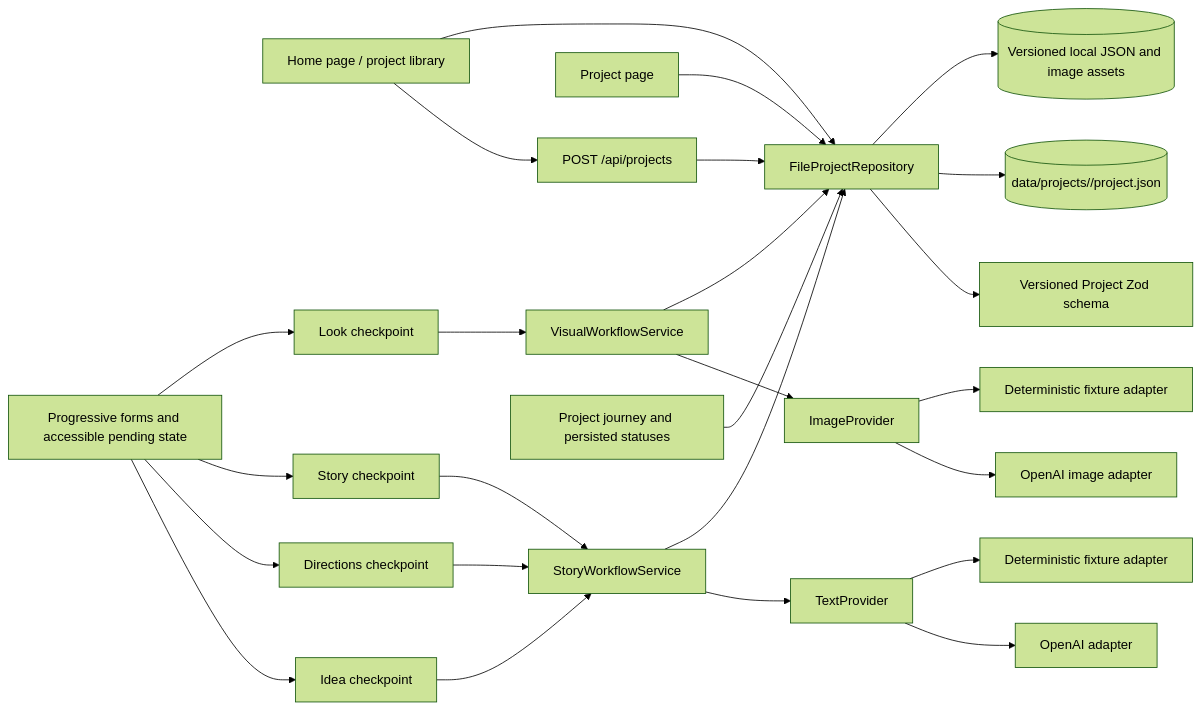
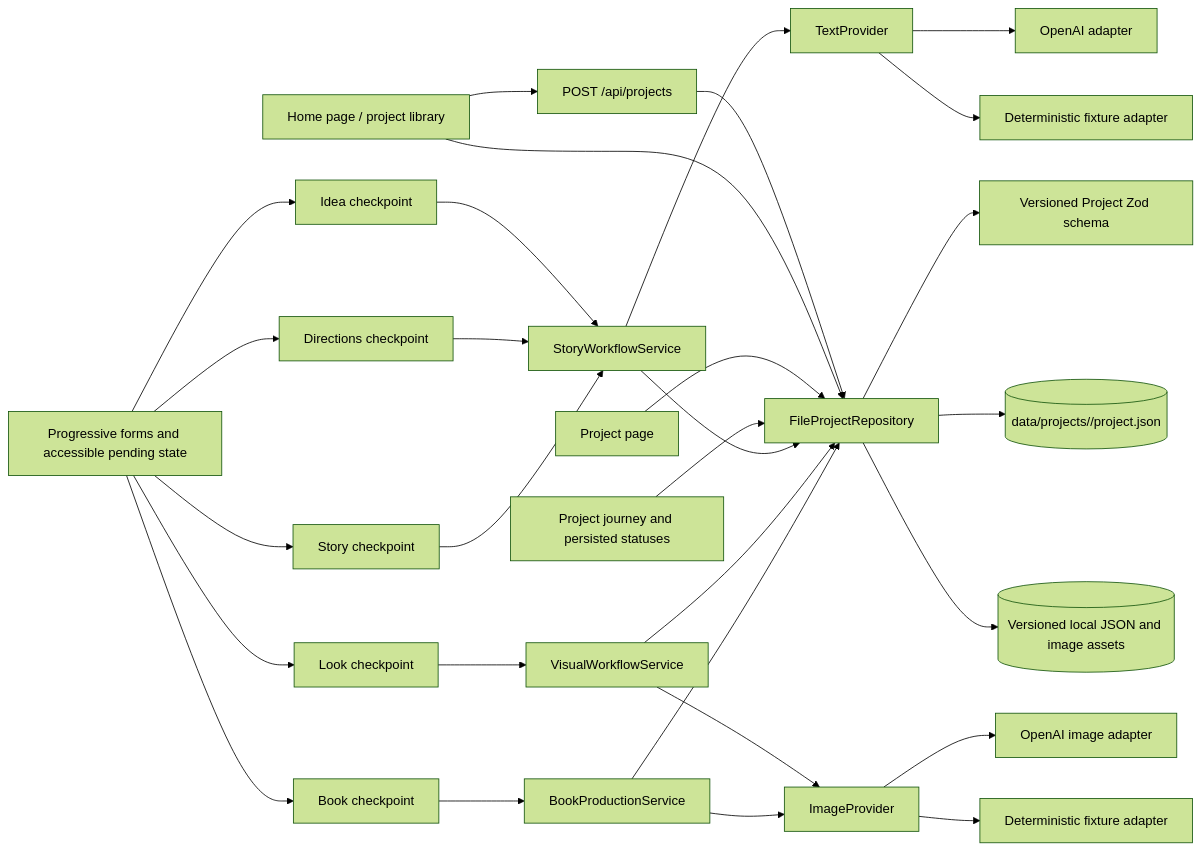
Before and after one commit to bhadrip/kids-book-gen: the fourth of 4 diagrams in ARCHITECTURE.md, drawn with Mermaid (forest theme). The commit also changed other lines of this file and 22 other files, not shown here.

Commit message:
feat: implement resumable full-book production

````diff
--- a/ARCHITECTURE.md
+++ b/ARCHITECTURE.md
@@ -85,27 +86,31 @@
 ```mermaid
 flowchart LR
   Home[Home page / project library] --> Create[POST /api/projects]
   Create --> Repo[FileProjectRepository]
   Home --> Repo
   Project[Project page] --> Repo
   Idea[Idea checkpoint] --> Workflow[StoryWorkflowService]
   Directions[Directions checkpoint] --> Workflow
   Story[Story checkpoint] --> Workflow
   Look[Look checkpoint] --> VisualWorkflow[VisualWorkflowService]
+  Book[Book checkpoint] --> ProductionWorkflow[BookProductionService]
   Shell[Project journey and persisted statuses] --> Repo
   Forms[Progressive forms and accessible pending state] --> Idea
   Forms --> Directions
   Forms --> Story
   Forms --> Look
+  Forms --> Book
   Workflow --> Provider[TextProvider]
   Provider --> OpenAI[OpenAI adapter]
   Provider --> Fixture[Deterministic fixture adapter]
   Workflow --> Repo
   VisualWorkflow --> ImageProvider[ImageProvider]
   ImageProvider --> OpenAIImages[OpenAI image adapter]
   ImageProvider --> ImageFixture[Deterministic fixture adapter]
   VisualWorkflow --> Repo
+  ProductionWorkflow --> ImageProvider
+  ProductionWorkflow --> Repo
   Repo --> Schema[Versioned Project Zod schema]
   Repo --> File[(data/projects/<project-id>/project.json)]
   Repo --> Assets[(Versioned local JSON and image assets)]
 ```
````
